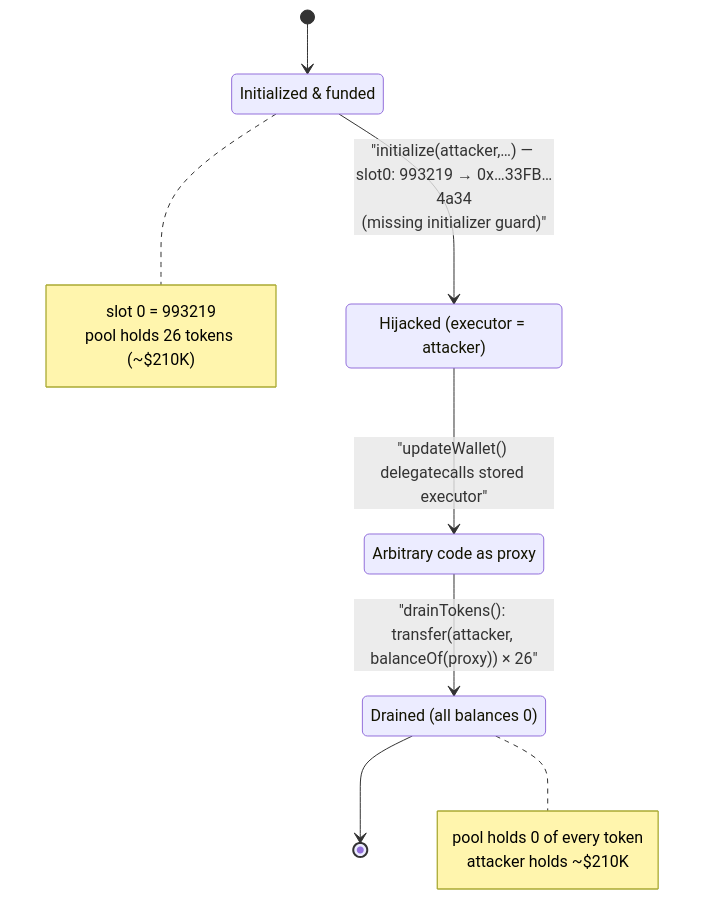
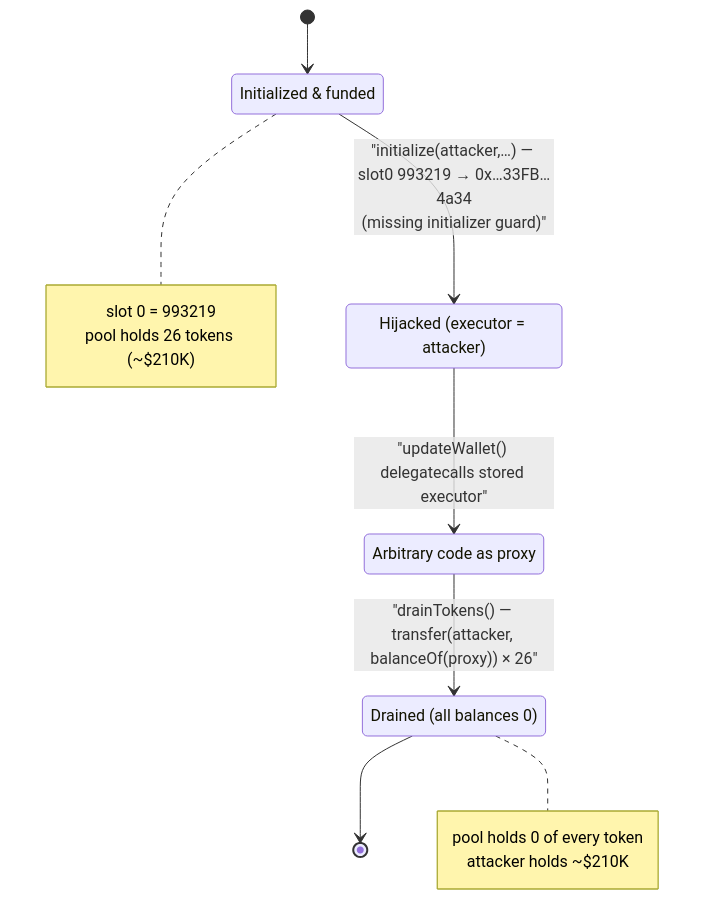
Before and after one commit to sanbir/evm-hack-registry: the second of 3 diagrams in 2026-05-Renegade_exp/Renegade_exp.md, drawn with Mermaid. The commit also changed 12 other files, not shown here.

````diff
--- a/2026-05-Renegade_exp/Renegade_exp.md
+++ b/2026-05-Renegade_exp/Renegade_exp.md
@@ -340,23 +340,23 @@
 ```mermaid
 stateDiagram-v2
     [*] --> Initialized
 
     state "Initialized & funded" as Initialized
     state "Hijacked (executor = attacker)" as Hijacked
     state "Arbitrary code as proxy" as Exec
     state "Drained (all balances 0)" as Drained
 
-    Initialized --> Hijacked : "initialize(attacker,…) — slot0: 993219 → 0x…33FB…4a34<br/>(missing initializer guard)"
+    Initialized --> Hijacked : "initialize(attacker,…) — slot0 993219 → 0x…33FB…4a34<br/>(missing initializer guard)"
     Hijacked --> Exec : "updateWallet() delegatecalls stored executor"
-    Exec --> Drained : "drainTokens(): transfer(attacker, balanceOf(proxy)) × 26"
+    Exec --> Drained : "drainTokens() — transfer(attacker, balanceOf(proxy)) × 26"
     Drained --> [*]
 
     note right of Initialized
       slot 0 = 993219
       pool holds 26 tokens (~$210K)
     end note
     note right of Drained
       pool holds 0 of every token
       attacker holds ~$210K
     end note
 ```
````
